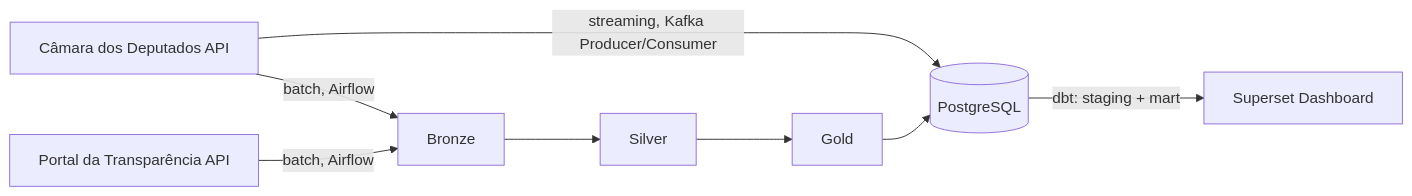
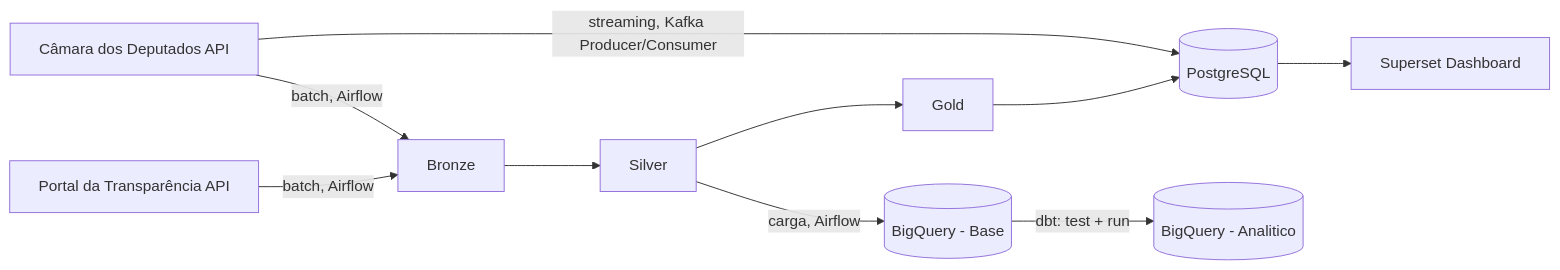
Before and after one commit to vitorsilvestre29/govtrack-br: the diagram in README.md, drawn with Mermaid. The commit also changed other lines of this file and 10 other files, not shown here.

First line of the commit message:
Migra dbt e carga silver para BigQuery

````diff
--- a/README.md
+++ b/README.md
@@ -65,10 +71,12 @@
 ```mermaid
 flowchart LR
     A[Câmara dos Deputados API] -->|batch, Airflow| B[Bronze]
     A -->|streaming, Kafka Producer/Consumer| F[(PostgreSQL)]
     C[Portal da Transparência API] -->|batch, Airflow| B
     B --> D[Silver]
+    D -->|carga, Airflow| H[(BigQuery - Base)]
+    H -->|dbt: test + run| I[(BigQuery - Analitico)]
     D --> E[Gold]
     E --> F
-    F -->|dbt: staging + mart| G[Superset Dashboard]
+    F --> G[Superset Dashboard]
 ```
````
